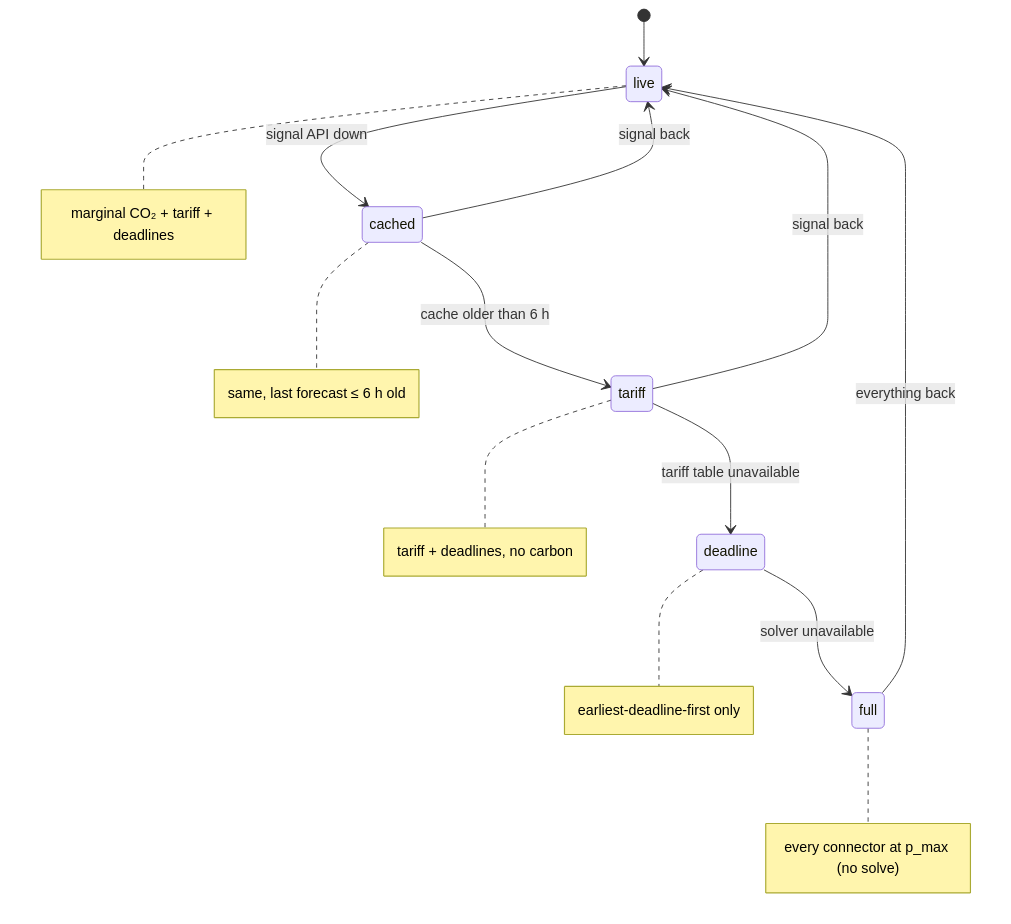
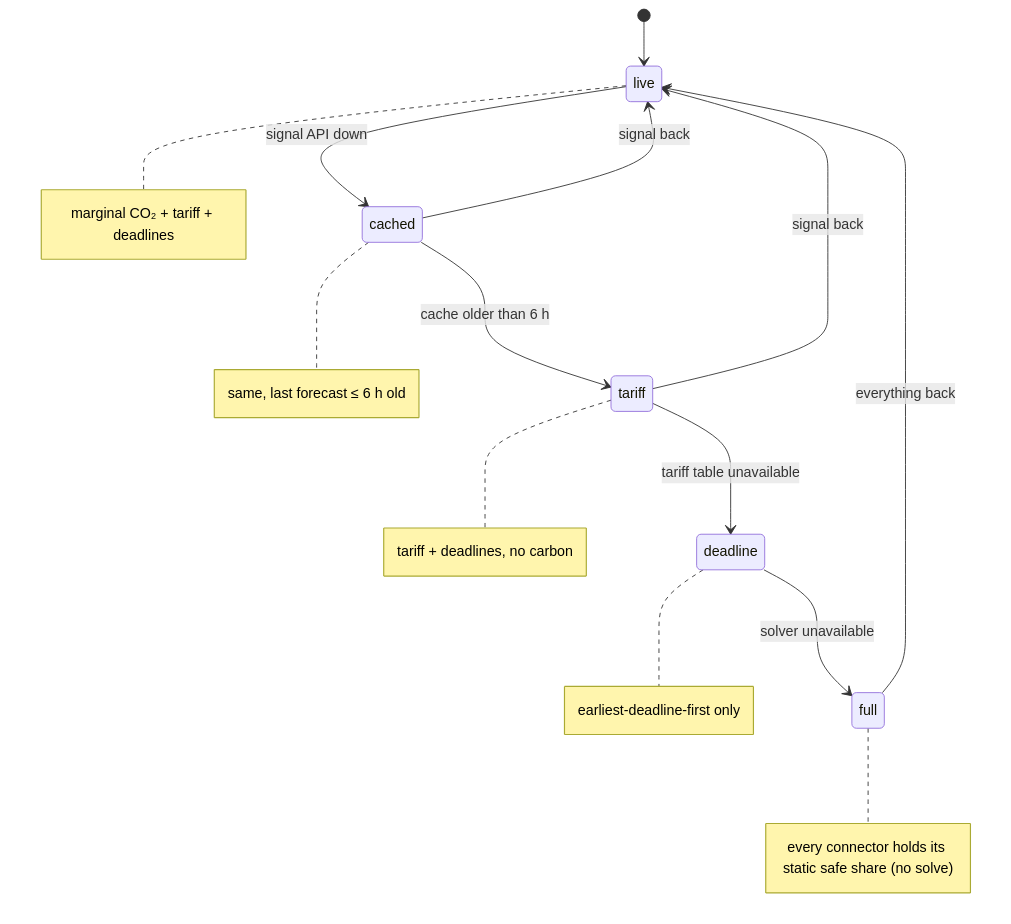
Before and after one commit to Neal006/hackout2026: the fourth of 7 diagrams in .docs/ARCHITECTURE.md, drawn with Mermaid. The commit also changed other lines of this file and 4 other files, not shown here.

First line of the commit message:
docs(WP7): README API block + assistant, ARCHITECTURE section 7 contracts and section 9 assistant, CHANGELOG, ROADMAP status

````diff
--- a/.docs/ARCHITECTURE.md
+++ b/.docs/ARCHITECTURE.md
@@ -135,16 +135,16 @@
 ```mermaid
 stateDiagram-v2
     [*] --> live
     live --> cached : signal API down
     cached --> tariff : cache older than 6 h
     tariff --> deadline : tariff table unavailable
     deadline --> full : solver unavailable
     full --> live : everything back
     cached --> live : signal back
     tariff --> live : signal back
     note right of live : marginal CO₂ + tariff + deadlines
     note right of cached : same, last forecast ≤ 6 h old
     note right of tariff : tariff + deadlines, no carbon
     note right of deadline : earliest-deadline-first only
-    note right of full : every connector at p_max (no solve)
+    note right of full : every connector holds its static safe share (no solve)
 ```
````
